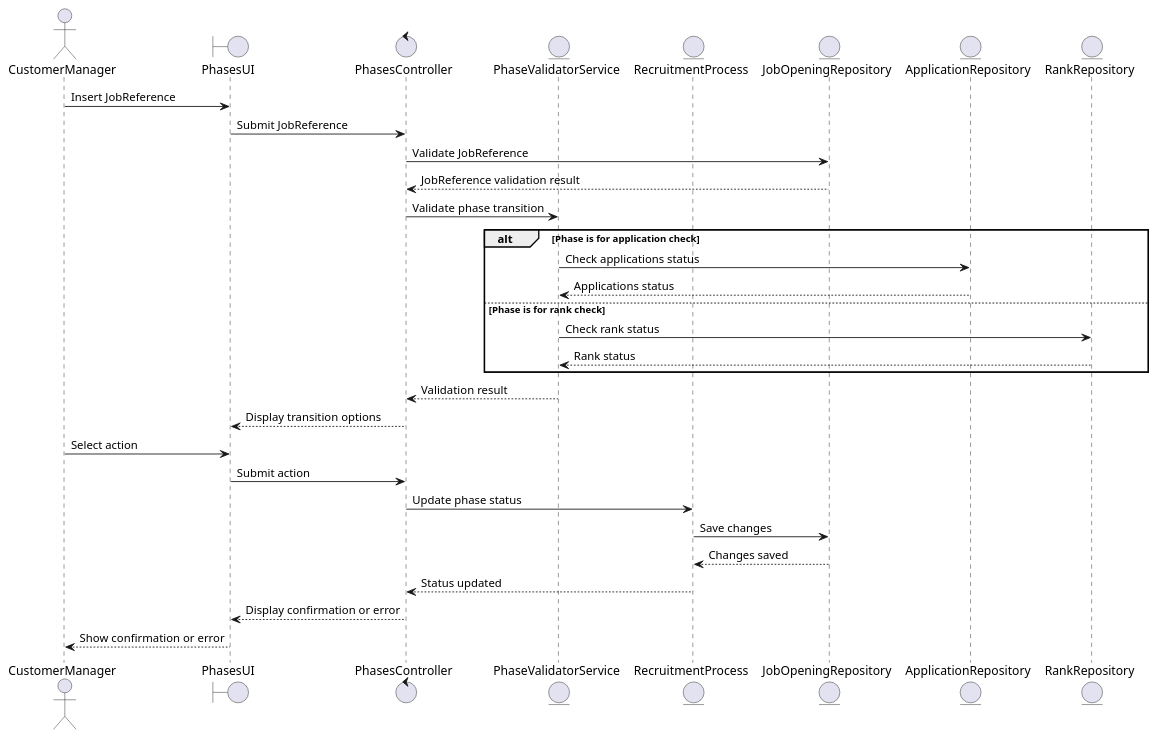
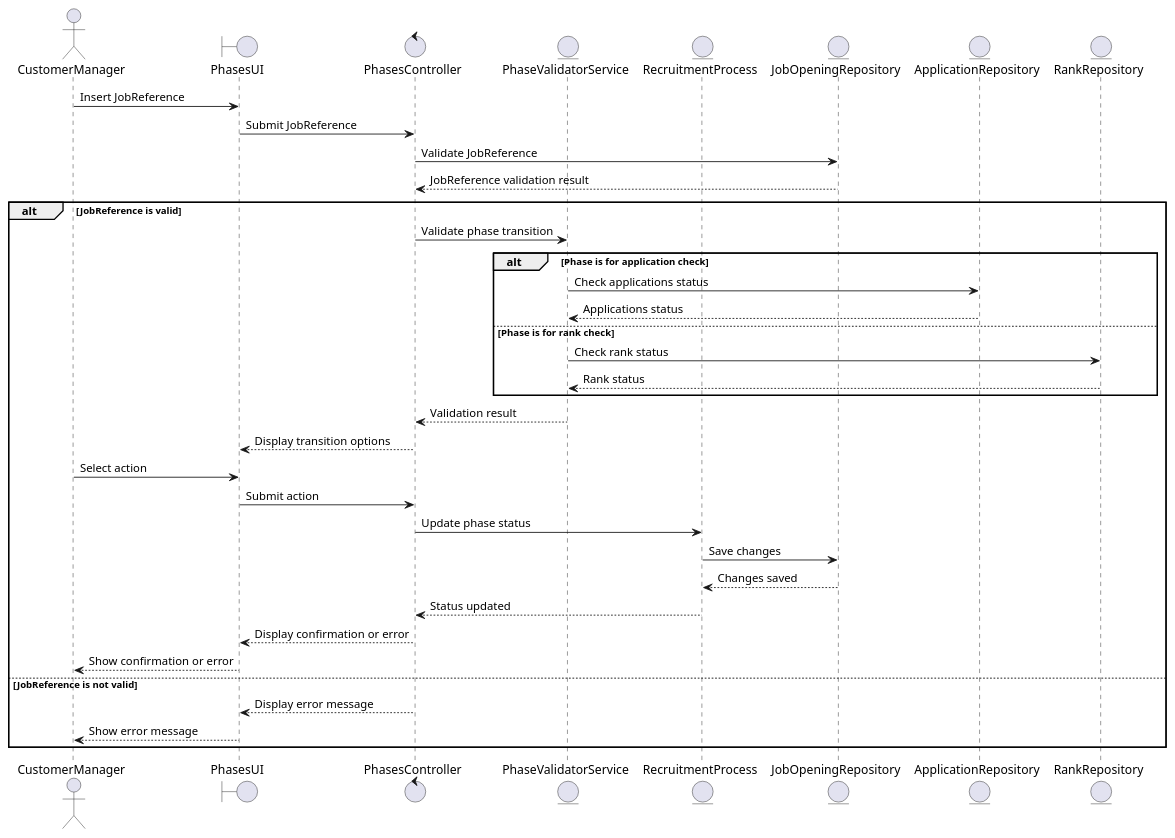
Before and after one commit to Mendoncaa/LAPR4: the diagram in docs/sprintC/US1010/03.design/puml/SD.puml, drawn with PlantUML. The commit also changed 1 other file, not shown here.

```diff
--- a/docs/sprintC/US1010/03.design/puml/SD.puml
+++ b/docs/sprintC/US1010/03.design/puml/SD.puml
@@ -1,35 +1,41 @@
 @startuml
 actor CustomerManager
 boundary PhasesUI
 control PhasesController
 entity PhaseValidatorService
 entity RecruitmentProcess
 entity JobOpeningRepository
 entity ApplicationRepository
 entity RankRepository
 
 CustomerManager -> PhasesUI: Insert JobReference
 PhasesUI -> PhasesController: Submit JobReference
 PhasesController -> JobOpeningRepository: Validate JobReference
 JobOpeningRepository --> PhasesController: JobReference validation result
-PhasesController -> PhaseValidatorService: Validate phase transition
 
-alt Phase is for application check
-    PhaseValidatorService -> ApplicationRepository: Check applications status
-    ApplicationRepository --> PhaseValidatorService: Applications status
-else Phase is for rank check
-    PhaseValidatorService -> RankRepository: Check rank status
-    RankRepository --> PhaseValidatorService: Rank status
+alt JobReference is valid
+    PhasesController -> PhaseValidatorService: Validate phase transition
+
+    alt Phase is for application check
+        PhaseValidatorService -> ApplicationRepository: Check applications status
+        ApplicationRepository --> PhaseValidatorService: Applications status
+    else Phase is for rank check
+        PhaseValidatorService -> RankRepository: Check rank status
+        RankRepository --> PhaseValidatorService: Rank status
+    end
+
+    PhaseValidatorService --> PhasesController: Validation result
+    PhasesController --> PhasesUI: Display transition options
+    CustomerManager -> PhasesUI: Select action
+    PhasesUI -> PhasesController: Submit action
+    PhasesController -> RecruitmentProcess: Update phase status
+    RecruitmentProcess -> JobOpeningRepository: Save changes
+    JobOpeningRepository --> RecruitmentProcess: Changes saved
+    RecruitmentProcess --> PhasesController: Status updated
+    PhasesController --> PhasesUI: Display confirmation or error
+    PhasesUI --> CustomerManager: Show confirmation or error
+else JobReference is not valid
+    PhasesController --> PhasesUI: Display error message
+    PhasesUI --> CustomerManager: Show error message
 end
-
-PhaseValidatorService --> PhasesController: Validation result
-PhasesController --> PhasesUI: Display transition options
-CustomerManager -> PhasesUI: Select action
-PhasesUI -> PhasesController: Submit action
-PhasesController -> RecruitmentProcess: Update phase status
-RecruitmentProcess -> JobOpeningRepository: Save changes
-JobOpeningRepository --> RecruitmentProcess: Changes saved
-RecruitmentProcess --> PhasesController: Status updated
-PhasesController --> PhasesUI: Display confirmation or error
-PhasesUI --> CustomerManager: Show confirmation or error
 @enduml
```
